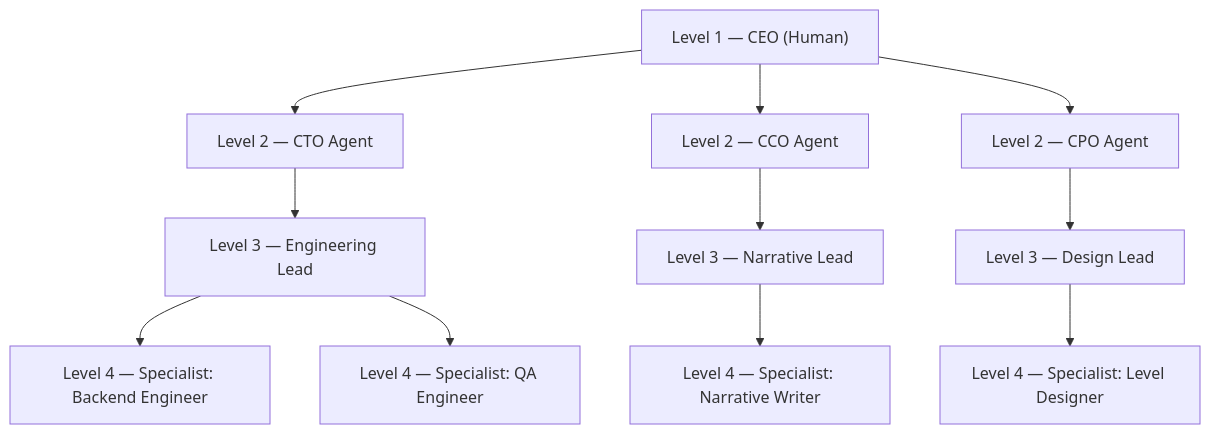
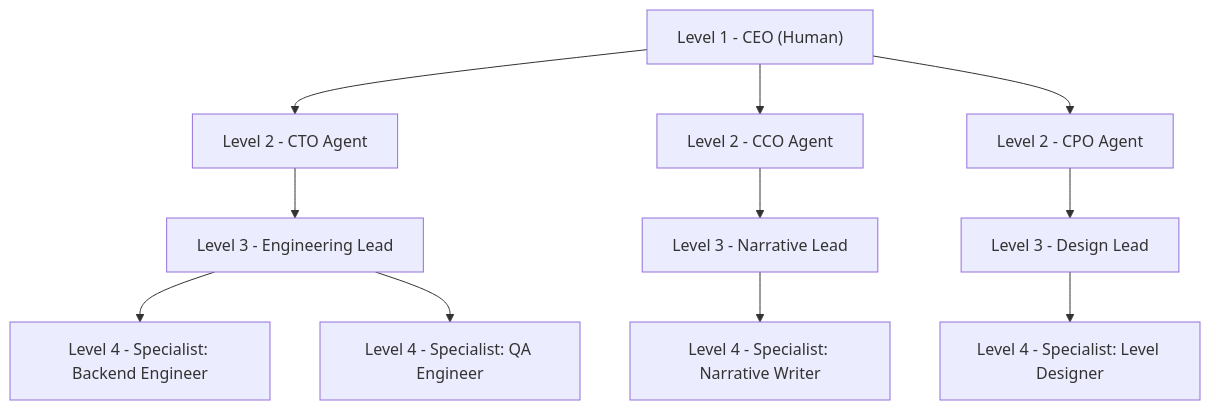
Before and after one commit to LordKuper/agentic-game-studio: the diagram in agent-coordination.md, drawn with Mermaid. The commit also changed other lines of this file and 2 other files, not shown here.

````diff
--- a/agent-coordination.md
+++ b/agent-coordination.md
@@ -20,30 +20,30 @@
 ```mermaid
 graph TD
-    CEO["Level 1 — CEO (Human)"]
+    CEO["Level 1 - CEO (Human)"]
 
-    CTO["Level 2 — CTO Agent"]
-    CCO["Level 2 — CCO Agent"]
-    CPO["Level 2 — CPO Agent"]
+    CTO["Level 2 - CTO Agent"]
+    CCO["Level 2 - CCO Agent"]
+    CPO["Level 2 - CPO Agent"]
 
-    EL["Level 3 — Engineering Lead"]
-    NL["Level 3 — Narrative Lead"]
-    DL["Level 3 — Design Lead"]
+    EL["Level 3 - Engineering Lead"]
+    NL["Level 3 - Narrative Lead"]
+    DL["Level 3 - Design Lead"]
 
-    SE["Level 4 — Specialist: Backend Engineer"]
-    QA["Level 4 — Specialist: QA Engineer"]
-    NW["Level 4 — Specialist: Narrative Writer"]
-    LD["Level 4 — Specialist: Level Designer"]
+    SE["Level 4 - Specialist: Backend Engineer"]
+    QA["Level 4 - Specialist: QA Engineer"]
+    NW["Level 4 - Specialist: Narrative Writer"]
+    LD["Level 4 - Specialist: Level Designer"]
 
     CEO --> CTO
     CEO --> CCO
     CEO --> CPO
 
     CTO --> EL
     CCO --> NL
     CPO --> DL
 
     EL --> SE
     EL --> QA
     NL --> NW
     DL --> LD
 ```
````
